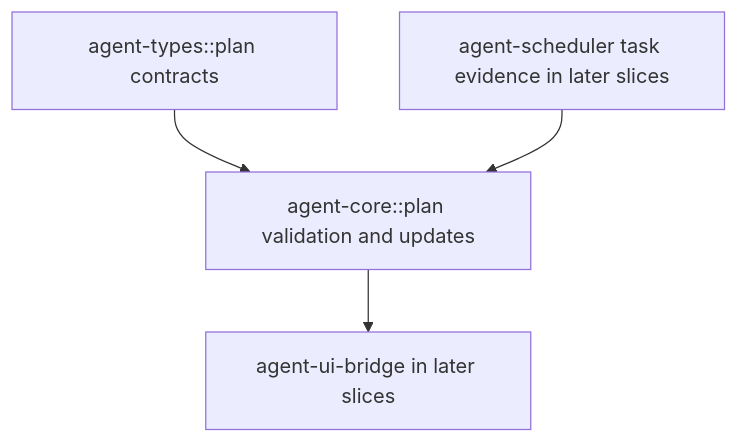
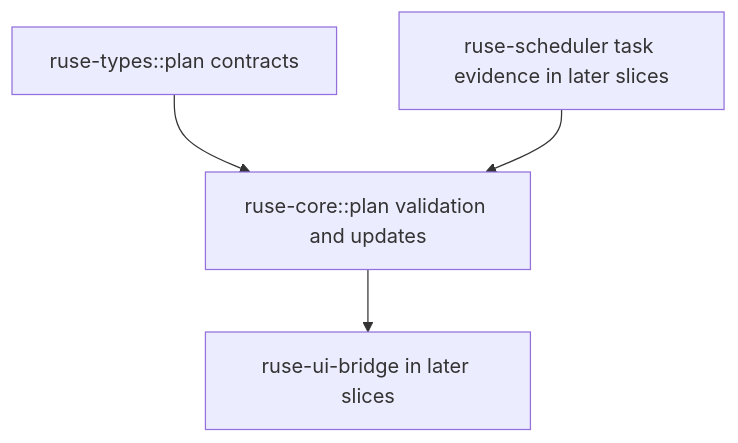
One commit to poneding/agent changed the diagram in docs/specs/M61-01-plan-todo-state.spec.md. Above: the diagram before and after it, drawn with Mermaid. The commit also changed other lines of this file and 2091 other files, not shown here.

First line of the commit message:
refactor: rename agent branding to ruse

````diff
--- a/docs/specs/M61-01-plan-todo-state.spec.md
+++ b/docs/specs/M61-01-plan-todo-state.spec.md
@@ -33,6 +33,6 @@
 ```mermaid
 flowchart TD
-  Types["agent-types::plan contracts"] --> Core["agent-core::plan validation and updates"]
-  Core --> BridgeLater["agent-ui-bridge in later slices"]
-  SchedulerLater["agent-scheduler task evidence in later slices"] --> Core
+  Types["ruse-types::plan contracts"] --> Core["ruse-core::plan validation and updates"]
+  Core --> BridgeLater["ruse-ui-bridge in later slices"]
+  SchedulerLater["ruse-scheduler task evidence in later slices"] --> Core
 ```
````
